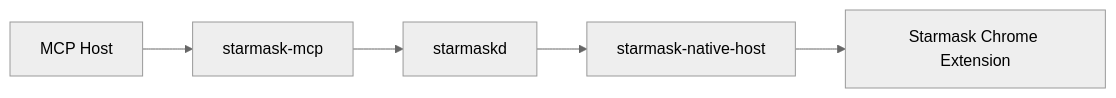
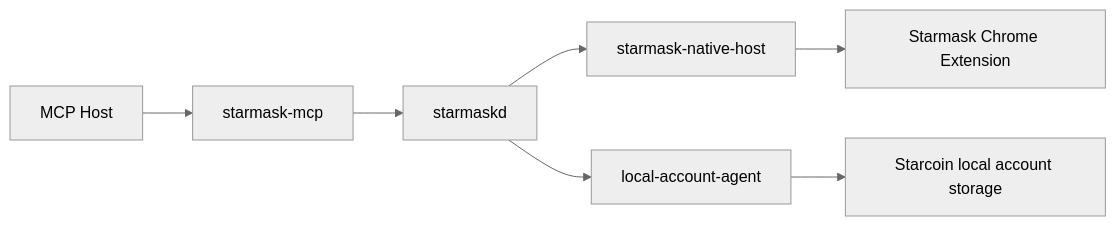
The diagram in starmask-mcp/docs/starmask-mcp-interface-design.md (starcoinorg/starcoin-mcp), drawn with Mermaid (neutral theme) before and after one commit. The commit also changed other lines of this file and 36 other files, not shown here.

````diff
--- a/starmask-mcp/docs/starmask-mcp-interface-design.md
+++ b/starmask-mcp/docs/starmask-mcp-interface-design.md
@@ -48,7 +54,9 @@
 ```mermaid
 flowchart LR
     H["MCP Host"] --> M["starmask-mcp"]
     M --> D["starmaskd"]
     D --> N["starmask-native-host"]
+    D --> L["local-account-agent"]
     N --> E["Starmask Chrome Extension"]
+    L --> A["Starcoin local account storage"]
 ```
````
